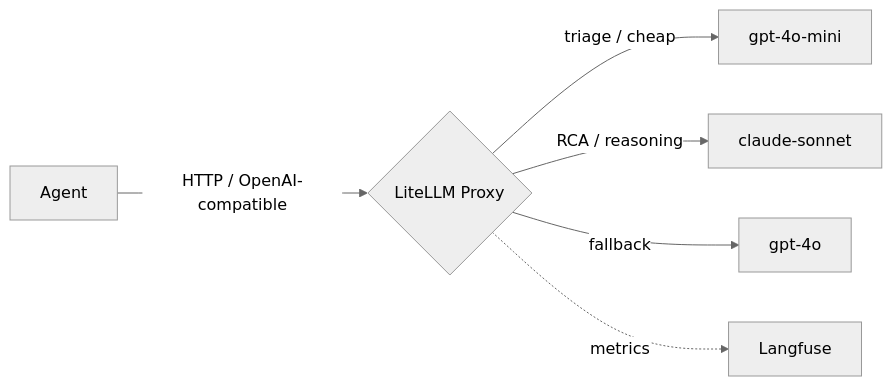
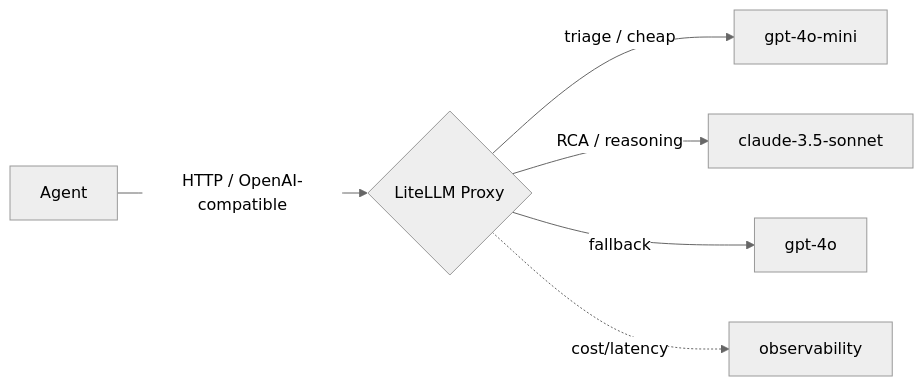
One commit to CaioHAndradeLima/SRE-Agents changed the second of 2 diagrams in README.md. Above: the diagram before and after it, drawn with Mermaid (neutral theme). The commit also changed other lines of this file and 3 other files, not shown here.

````diff
--- a/README.md
+++ b/README.md
@@ -144,8 +162,8 @@
 ```mermaid
 flowchart LR
     A[Agent] -->|HTTP / OpenAI-compatible| GW{LiteLLM Proxy}
     GW -->|triage / cheap| M1[gpt-4o-mini]
-    GW -->|RCA / reasoning| M2[claude-sonnet]
+    GW -->|RCA / reasoning| M2[claude-3.5-sonnet]
     GW -->|fallback| M3[gpt-4o]
-    GW -. metrics .-> LF[Langfuse]
+    GW -. cost/latency .-> LF[observability]
 ```
````
